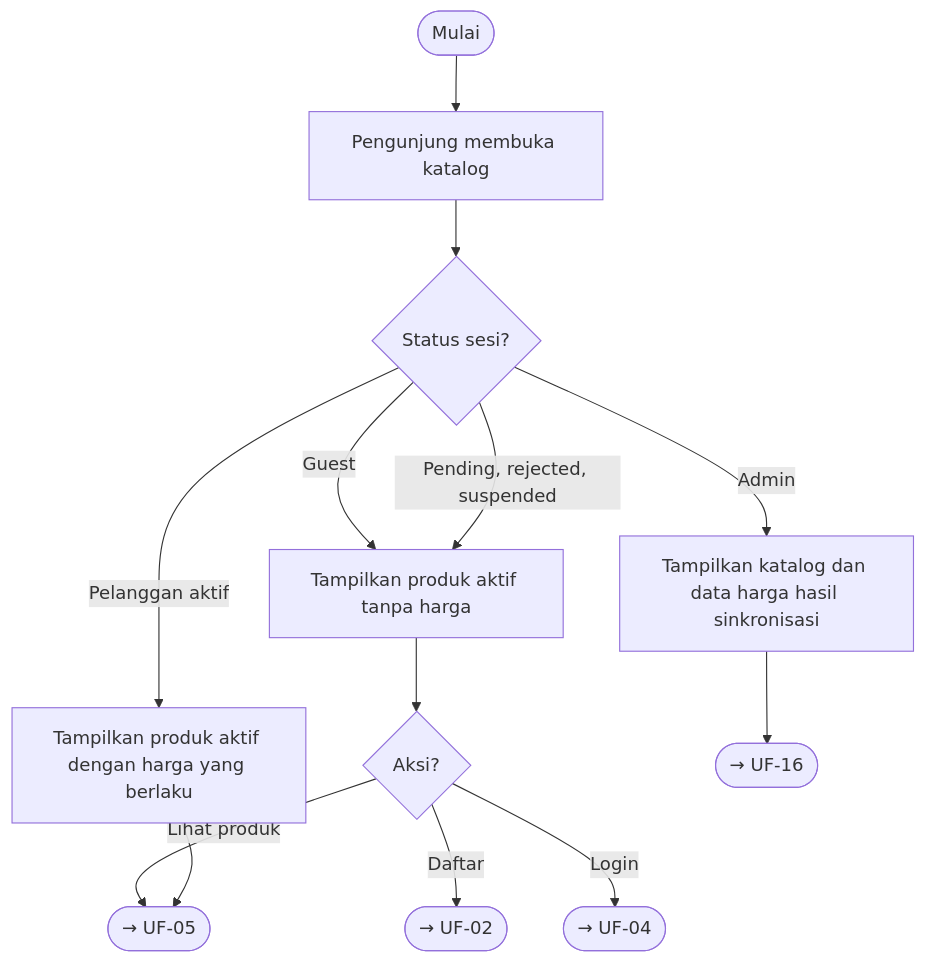
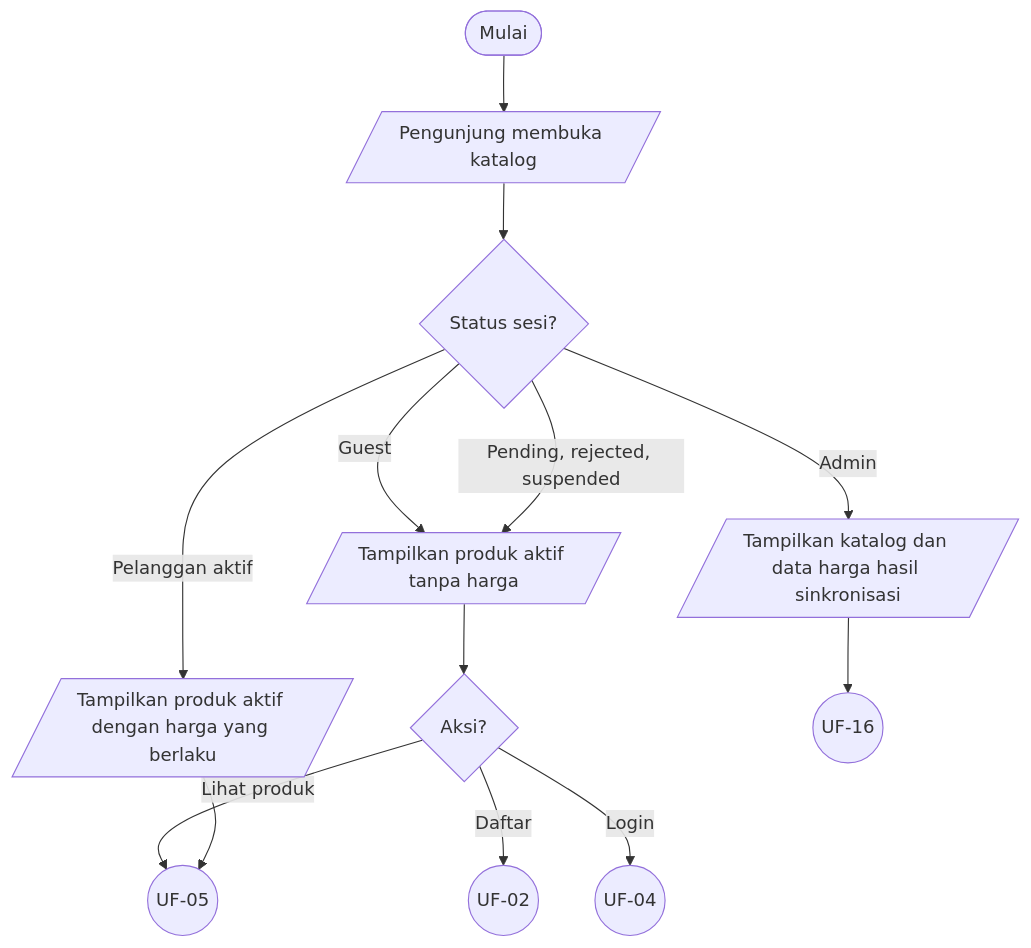
One commit to Webekspres/pixel-komunika changed the first of 18 diagrams in docs/design/USER_FLOWS.md. Above: the diagram before and after it, drawn with Mermaid. The commit also changed other lines of this file, not shown here.

Commit message:
docs: standardize user flow notation

````diff
--- a/docs/design/USER_FLOWS.md
+++ b/docs/design/USER_FLOWS.md
@@ -51,20 +75,20 @@
 ```mermaid
 flowchart TD
-    A([Mulai]) --> B["Pengunjung membuka katalog"]
+    A(["Mulai"]) --> B[/"Pengunjung membuka katalog"/]
     B --> C{"Status sesi?"}
-    C -->|Guest| D["Tampilkan produk aktif tanpa harga"]
+    C -->|Guest| D[/"Tampilkan produk aktif tanpa harga"/]
     C -->|Pending, rejected, suspended| D
-    C -->|Pelanggan aktif| E["Tampilkan produk aktif dengan harga yang berlaku"]
-    C -->|Admin| F["Tampilkan katalog dan data harga hasil sinkronisasi"]
+    C -->|Pelanggan aktif| E[/"Tampilkan produk aktif dengan harga yang berlaku"/]
+    C -->|Admin| F[/"Tampilkan katalog dan data harga hasil sinkronisasi"/]
     D --> G{"Aksi?"}
-    G -->|Lihat produk| C_UF05(["→ UF-05"])
-    G -->|Daftar| C_UF02(["→ UF-02"])
-    G -->|Login| C_UF04(["→ UF-04"])
+    G -->|Lihat produk| C_UF05((UF-05))
+    G -->|Daftar| C_UF02((UF-02))
+    G -->|Login| C_UF04((UF-04))
     E --> C_UF05
-    F --> C_UF16(["→ UF-16"])
+    F --> C_UF16((UF-16))
 
     click C_UF02 "#uf-02-registrasi-pelanggan"
     click C_UF04 "#uf-04-login-dan-routing-akses"
     click C_UF05 "#uf-05-detail-produk-dan-cart"
     click C_UF16 "#uf-16-enrichment-dan-visibilitas-produk"
 ```
````
